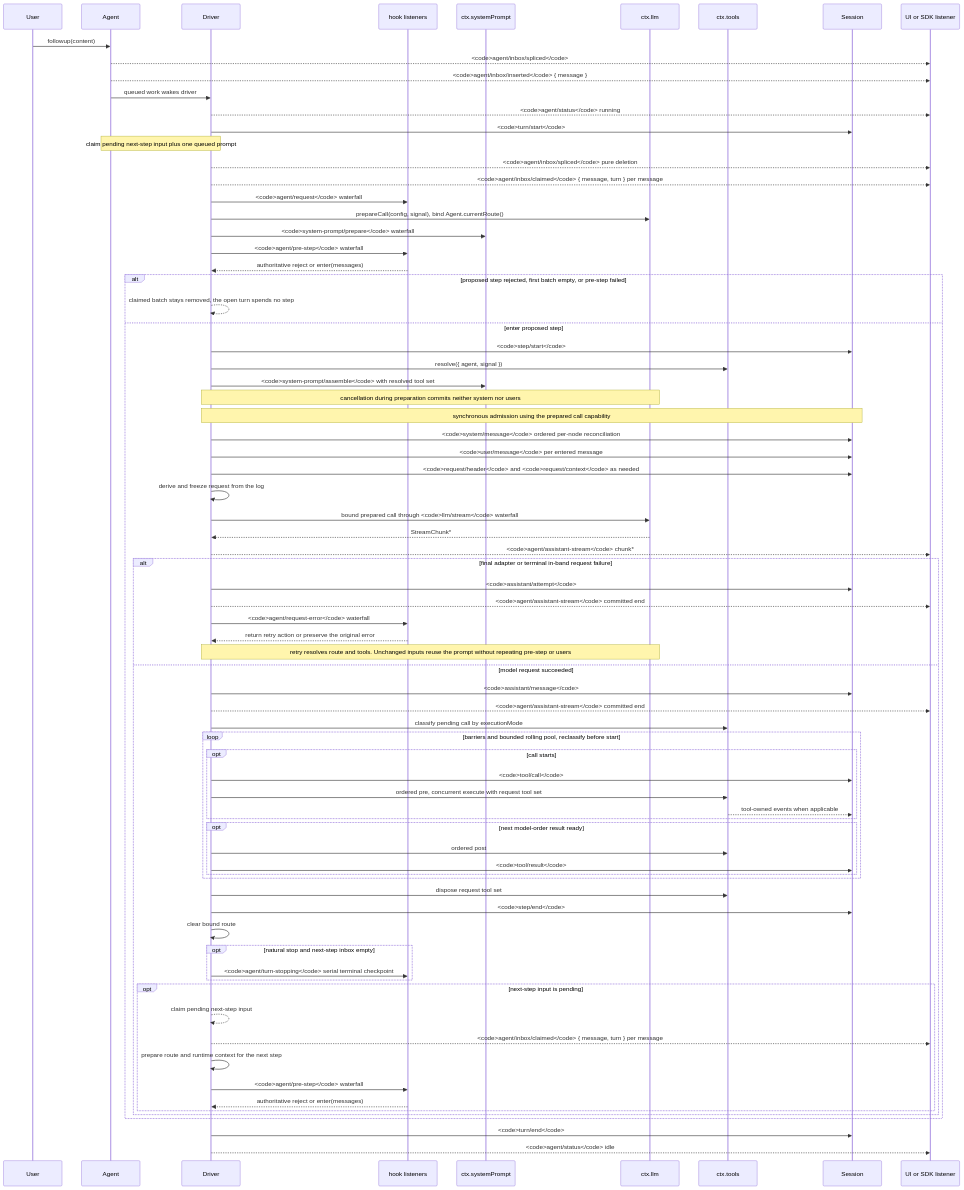
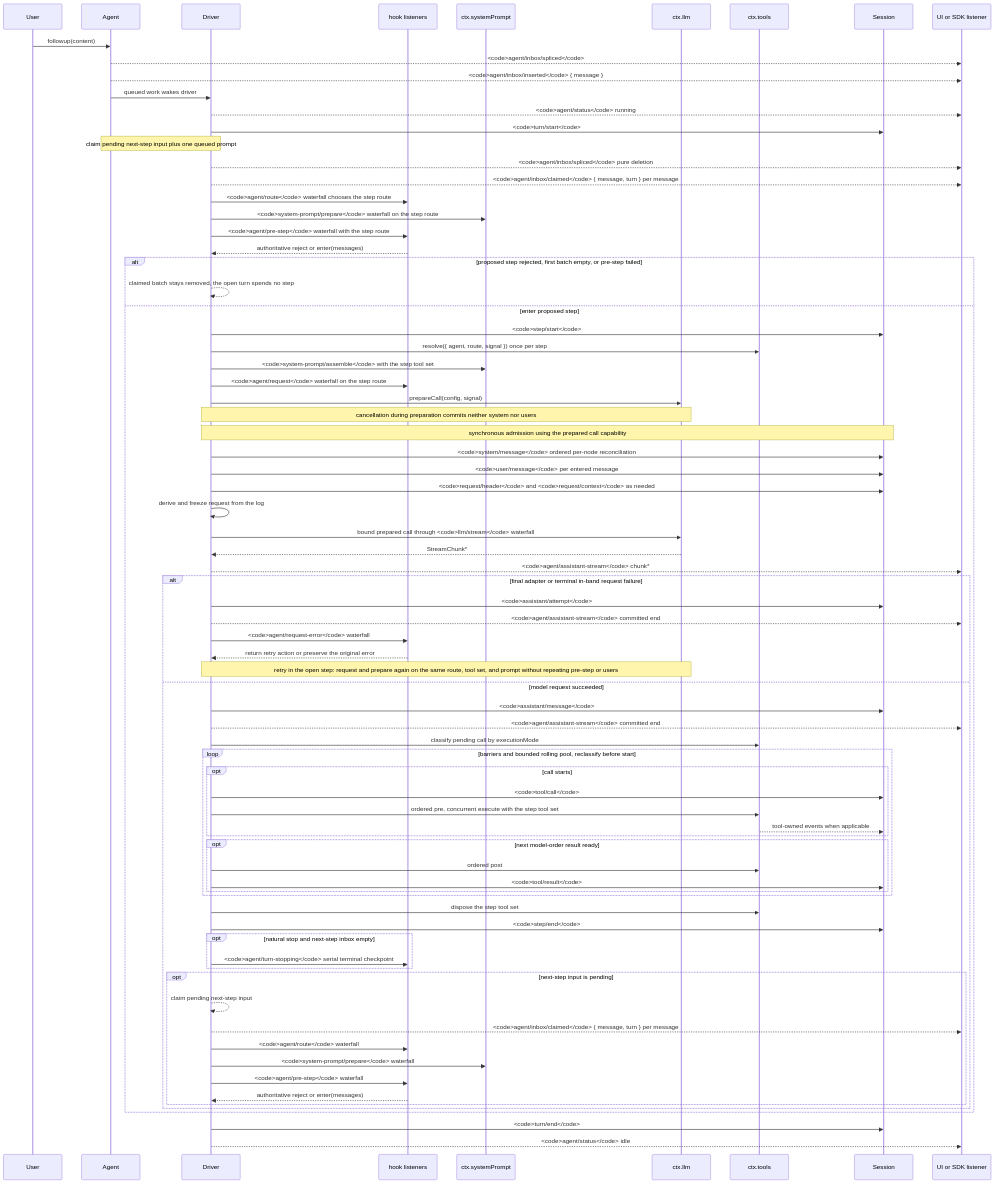
Before and after one commit to 0xuana/deepseek-harness: the diagram in docs/agent-lifecycle.zh.md, drawn with Mermaid. The commit also changed other lines of this file and 150 other files, not shown here.

First line of the commit message:
feat(agent): choose the step route through agent/route

````diff
--- a/docs/agent-lifecycle.zh.md
+++ b/docs/agent-lifecycle.zh.md
@@ -10,79 +10,80 @@
 ```mermaid
 sequenceDiagram
   participant User
   participant Agent
   participant Driver
   participant Hooks as hook listeners
   participant Prompt as ctx.systemPrompt
   participant LLM as ctx.llm
   participant Tools as ctx.tools
   participant Session
   participant SDK as UI or SDK listener
   User->>Agent: followup(content)
   Agent-->>SDK: <code>agent/inbox/spliced</code>
   Agent-->>SDK: <code>agent/inbox/inserted</code> { message }
   Agent->>Driver: queued work wakes driver
   Driver-->>SDK: <code>agent/status</code> running
   Driver->>Session: <code>turn/start</code>
   Note over Agent,Driver: claim pending next-step input plus one queued prompt
   Driver-->>SDK: <code>agent/inbox/spliced</code> pure deletion
   Driver-->>SDK: <code>agent/inbox/claimed</code> { message, turn } per message
-  Driver->>Hooks: <code>agent/request</code> waterfall
-  Driver->>LLM: prepareCall(config, signal), bind Agent.currentRoute()
-  Driver->>Prompt: <code>system-prompt/prepare</code> waterfall
-  Driver->>Hooks: <code>agent/pre-step</code> waterfall
+  Driver->>Hooks: <code>agent/route</code> waterfall chooses the step route
+  Driver->>Prompt: <code>system-prompt/prepare</code> waterfall on the step route
+  Driver->>Hooks: <code>agent/pre-step</code> waterfall with the step route
   Hooks-->>Driver: authoritative reject or enter(messages)
   alt proposed step rejected, first batch empty, or pre-step failed
     Driver-->>Driver: claimed batch stays removed, the open turn spends no step
   else enter proposed step
   Driver->>Session: <code>step/start</code>
-  Driver->>Tools: resolve({ agent, signal })
-  Driver->>Prompt: <code>system-prompt/assemble</code> with resolved tool set
+  Driver->>Tools: resolve({ agent, route, signal }) once per step
+  Driver->>Prompt: <code>system-prompt/assemble</code> with the step tool set
+  Driver->>Hooks: <code>agent/request</code> waterfall on the step route
+  Driver->>LLM: prepareCall(config, signal)
   Note over Driver,LLM: cancellation during preparation commits neither system nor users
   Note over Driver,Session: synchronous admission using the prepared call capability
   Driver->>Session: <code>system/message</code> ordered per-node reconciliation
   Driver->>Session: <code>user/message</code> per entered message
   Driver->>Session: <code>request/header</code> and <code>request/context</code> as needed
   Driver->>Driver: derive and freeze request from the log
   Driver->>LLM: bound prepared call through <code>llm/stream</code> waterfall
   LLM-->>Driver: StreamChunk*
   Driver-->>SDK: <code>agent/assistant-stream</code> chunk*
   alt final adapter or terminal in-band request failure
     Driver->>Session: <code>assistant/attempt</code>
     Driver-->>SDK: <code>agent/assistant-stream</code> committed end
     Driver->>Hooks: <code>agent/request-error</code> waterfall
     Hooks-->>Driver: return retry action or preserve the original error
-    Note over Driver,LLM: retry resolves route and tools. Unchanged inputs reuse the prompt without repeating pre-step or users
+    Note over Driver,LLM: retry in the open step: request and prepare again on the same route, tool set, and prompt without repeating pre-step or users
   else model request succeeded
   Driver->>Session: <code>assistant/message</code>
   Driver-->>SDK: <code>agent/assistant-stream</code> committed end
   Driver->>Tools: classify pending call by executionMode
   loop barriers and bounded rolling pool, reclassify before start
     opt call starts
       Driver->>Session: <code>tool/call</code>
-      Driver->>Tools: ordered pre, concurrent execute with request tool set
+      Driver->>Tools: ordered pre, concurrent execute with the step tool set
       Tools-->>Session: tool-owned events when applicable
     end
     opt next model-order result ready
       Driver->>Tools: ordered post
       Driver->>Session: <code>tool/result</code>
     end
   end
-  Driver->>Tools: dispose request tool set
+  Driver->>Tools: dispose the step tool set
   Driver->>Session: <code>step/end</code>
-  Driver->>Driver: clear bound route
   opt natural stop and next-step inbox empty
     Driver->>Hooks: <code>agent/turn-stopping</code> serial terminal checkpoint
   end
   opt next-step input is pending
     Driver-->>Driver: claim pending next-step input
     Driver-->>SDK: <code>agent/inbox/claimed</code> { message, turn } per message
-    Driver->>Driver: prepare route and runtime context for the next step
+    Driver->>Hooks: <code>agent/route</code> waterfall
+    Driver->>Prompt: <code>system-prompt/prepare</code> waterfall
     Driver->>Hooks: <code>agent/pre-step</code> waterfall
     Hooks-->>Driver: authoritative reject or enter(messages)
   end
   end
   end
   Driver->>Session: <code>turn/end</code>
   Driver-->>SDK: <code>agent/status</code> idle
 ```
````
